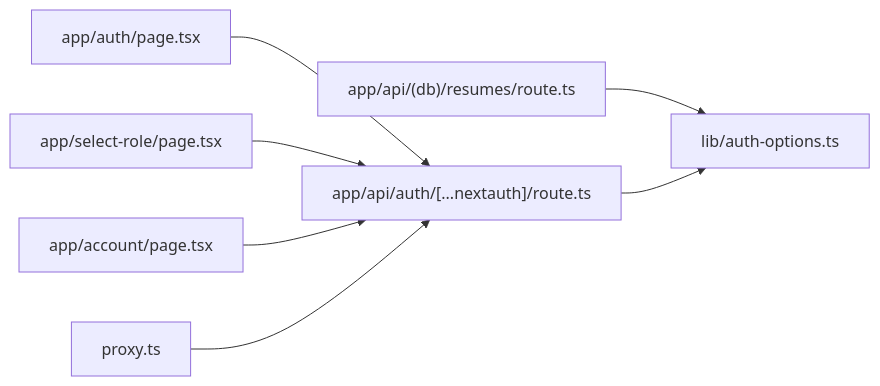
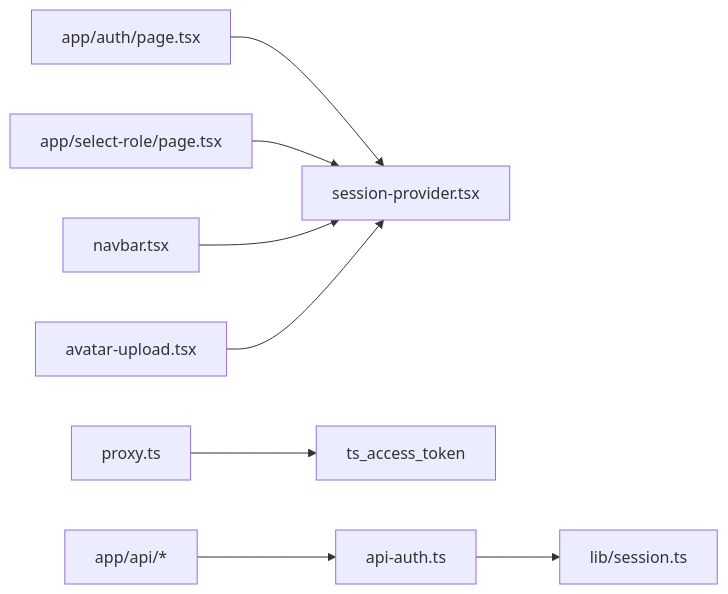
The third of 3 diagrams in src/data/docs/talentsync/Frontend Application/State Management/Authentication State.md (tashifkhan/tashif.codes), drawn with Mermaid before and after one commit. The commit also changed other lines of this file and 2128 other files, not shown here.

First line of the commit message:
docs: replace raster diagram images with native Mermaid across project guides

````diff
--- a/src/data/docs/talentsync/Frontend Application/State Management/Authentication State.md
+++ b/src/data/docs/talentsync/Frontend Application/State Management/Authentication State.md
@@ -165,9 +119,10 @@
 ```mermaid
 graph LR
-UI["app/auth/page.tsx"] --> EP["app/api/auth/[...nextauth]/route.ts"]
-SEL["app/select-role/page.tsx"] --> EP
-ACC["app/account/page.tsx"] --> EP
-MW["proxy.ts"] --> EP
-API["app/api/(db)/resumes/route.ts"] --> CFG["lib/auth-options.ts"]
-EP --> CFG
+UI["app/auth/page.tsx"] --> SP["session-provider.tsx"]
+SEL["app/select-role/page.tsx"] --> SP
+NAV["navbar.tsx"] --> SP
+AVU["avatar-upload.tsx"] --> SP
+MW["proxy.ts"] --> COOKIE["ts_access_token"]
+BFF["app/api/*"] --> REQ["api-auth.ts"]
+REQ --> SESS["lib/session.ts"]
 ```
````
